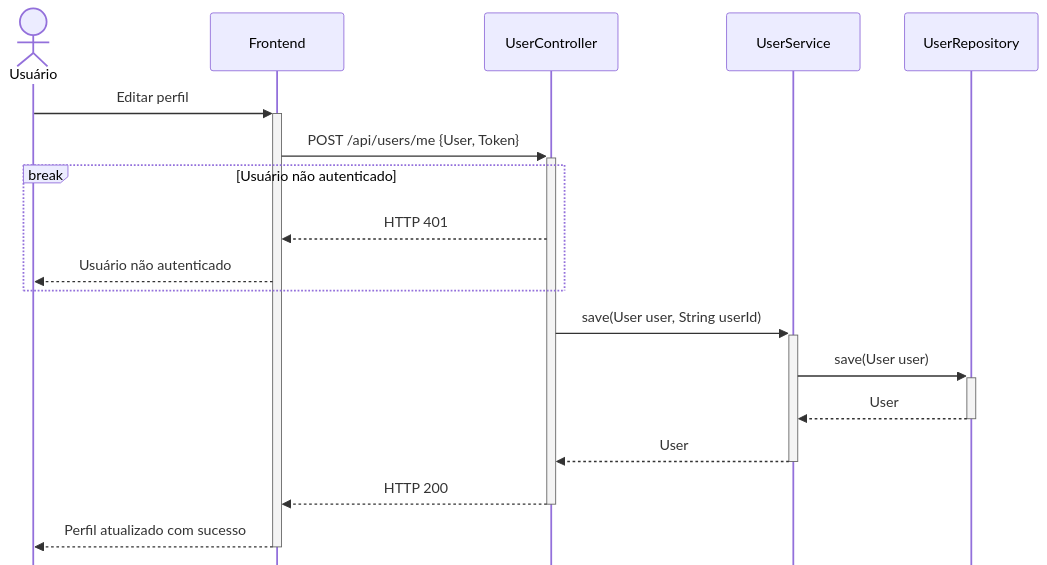
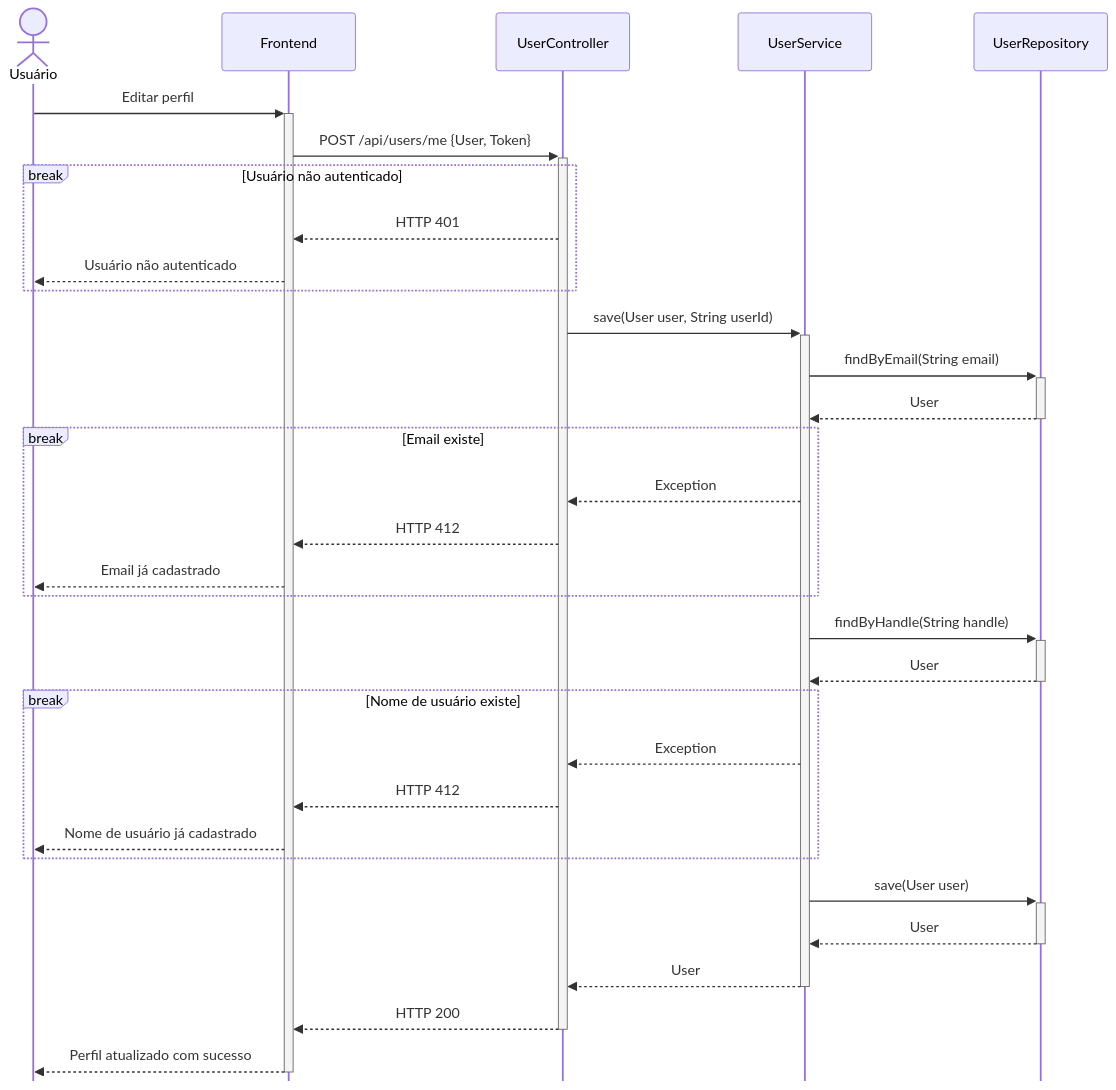
The diagram in docs/Diagramas de Sequência/11 Editar perfil.mmd (feliquisds/cooker-api), drawn with Mermaid before and after one commit. The commit also changed 24 other files, not shown here.

```diff
--- a/docs/Diagramas de Sequência/11 Editar perfil.mmd
+++ b/docs/Diagramas de Sequência/11 Editar perfil.mmd
@@ -1,26 +1,43 @@
 ---
 config:
     mirrorActors: false
 ---
 
 sequenceDiagram
     actor U as Usuário
     participant F as Frontend
     participant C as UserController
     participant S as UserService
     participant R as UserRepository
 
     U->>+F: Editar perfil
     F->>+C: POST /api/users/me {User, Token}
 
     break Usuário não autenticado
         C-->>F: HTTP 401
         F-->>U: Usuário não autenticado
     end
 
     C->>+S: save(User user, String userId)
+
+    S->>+R: findByEmail(String email)
+    R-->>-S: User
+    break Email existe
+        S-->>C: Exception
+        C-->>F: HTTP 412
+        F-->>U: Email já cadastrado
+    end
+
+    S->>+R: findByHandle(String handle)
+    R-->>-S: User
+    break Nome de usuário existe
+        S-->>C: Exception
+        C-->>F: HTTP 412
+        F-->>U: Nome de usuário já cadastrado
+    end
+
     S->>+R: save(User user)
     R-->>-S: User
     S-->>-C: User
     C-->>-F: HTTP 200
     F-->>-U: Perfil atualizado com sucesso
```
